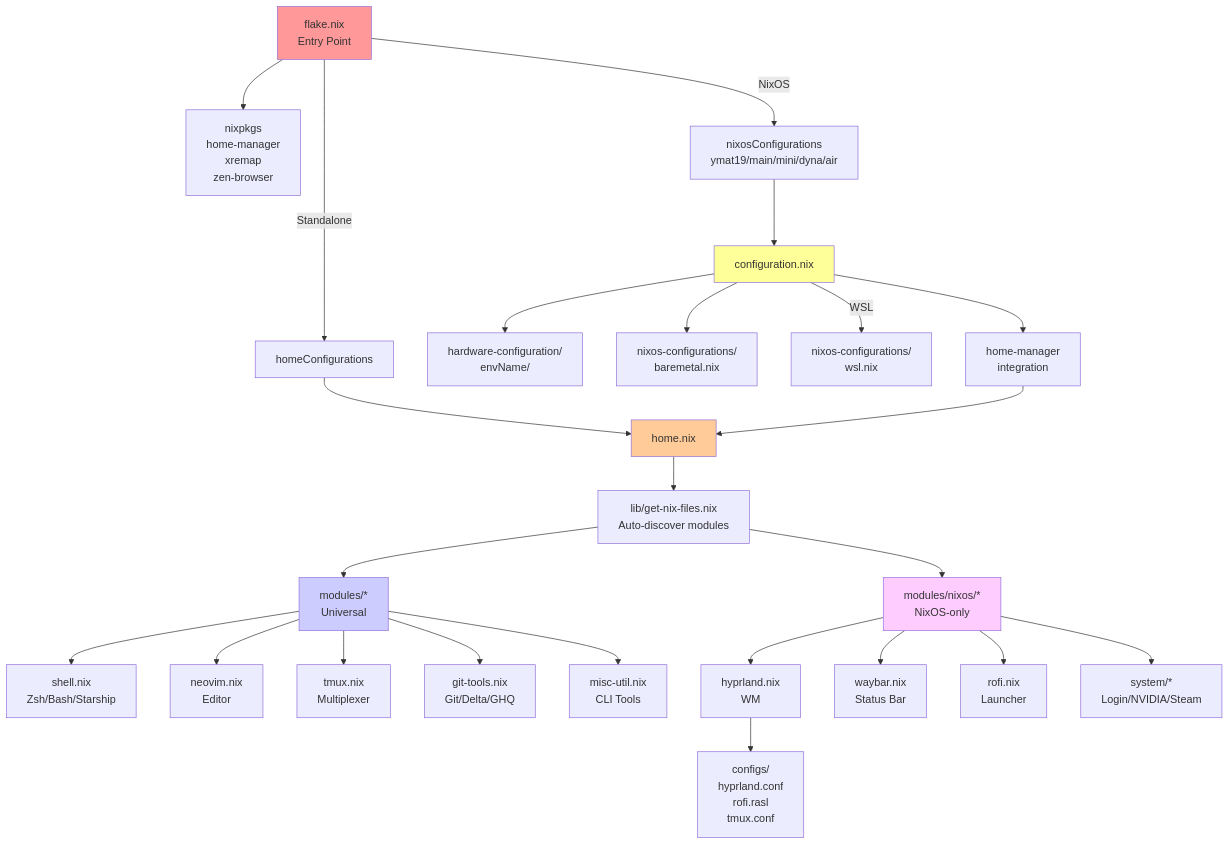
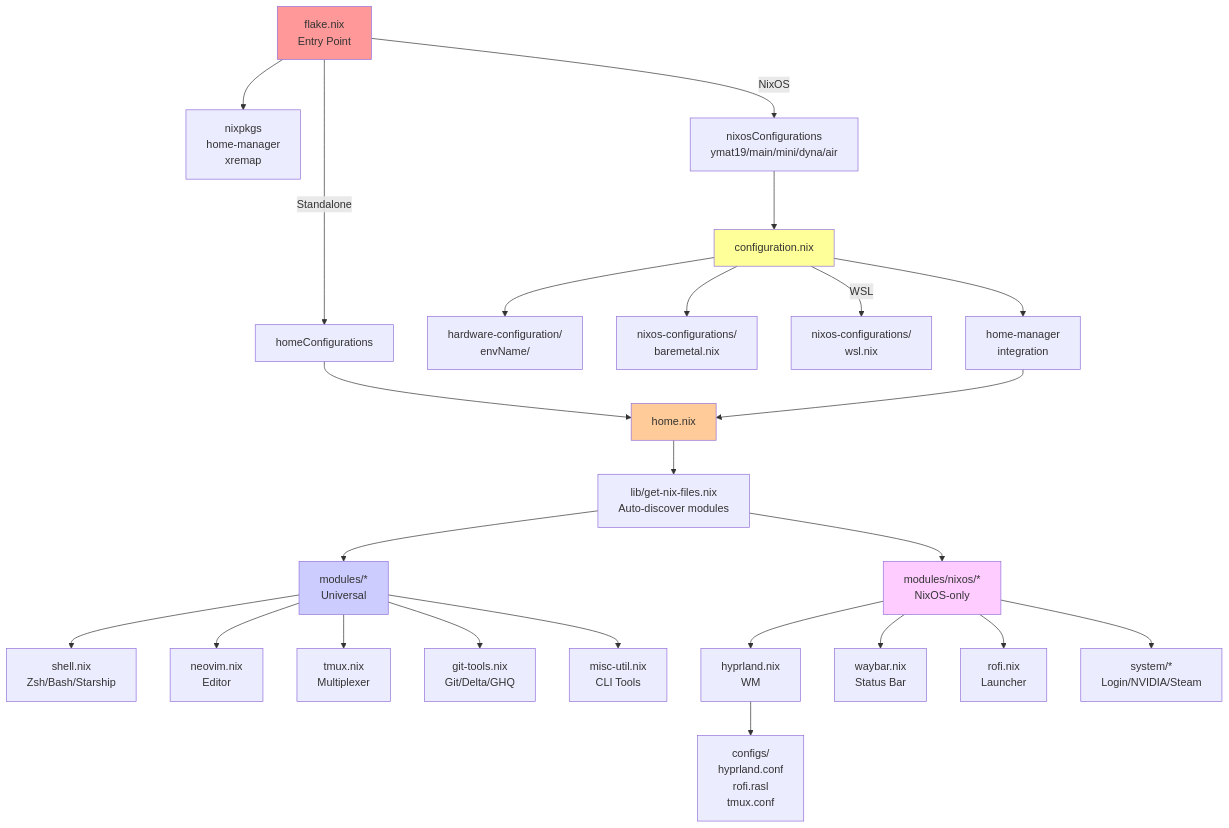
One commit to ymat19/dotfiles changed the first of 2 diagrams in README.md. Above: the diagram before and after it, drawn with Mermaid. The commit also changed other lines of this file and 5 other files, not shown here.

First line of the commit message:
chore(zen-browser): Zen Browser を廃止する

````diff
--- a/README.md
+++ b/README.md
@@ -77,40 +77,40 @@
 ```mermaid
 graph TD
-    A["flake.nix<br/>Entry Point"] --> B["nixpkgs<br/>home-manager<br/>xremap<br/>zen-browser"]
+    A["flake.nix<br/>Entry Point"] --> B["nixpkgs<br/>home-manager<br/>xremap"]
 
     A -->|Standalone| C["homeConfigurations"]
     A -->|NixOS| D["nixosConfigurations<br/>ymat19/main/mini/dyna/air"]
 
     C --> E["home.nix"]
 
     D --> F["configuration.nix"]
     F --> G["hardware-configuration/<br/>envName/"]
     F --> H["nixos-configurations/<br/>baremetal.nix"]
     F -->|WSL| I["nixos-configurations/<br/>wsl.nix"]
     F --> J["home-manager<br/>integration"]
 
     J --> E
 
     E --> K["lib/get-nix-files.nix<br/>Auto-discover modules"]
     K --> L["modules/*<br/>Universal"]
     K --> M["modules/nixos/*<br/>NixOS-only"]
 
     L --> L1["shell.nix<br/>Zsh/Bash/Starship"]
     L --> L2["neovim.nix<br/>Editor"]
     L --> L3["tmux.nix<br/>Multiplexer"]
     L --> L4["git-tools.nix<br/>Git/Delta/GHQ"]
     L --> L5["misc-util.nix<br/>CLI Tools"]
 
     M --> M1["hyprland.nix<br/>WM"]
     M --> M2["waybar.nix<br/>Status Bar"]
     M --> M3["rofi.nix<br/>Launcher"]
     M --> M4["system/*<br/>Login/NVIDIA/Steam"]
 
     M1 --> O["configs/<br/>hyprland.conf<br/>rofi.rasl<br/>tmux.conf"]
 
     style A fill:#ff9999
     style E fill:#ffcc99
     style F fill:#ffff99
     style L fill:#ccccff
     style M fill:#ffccff
 ```
````
